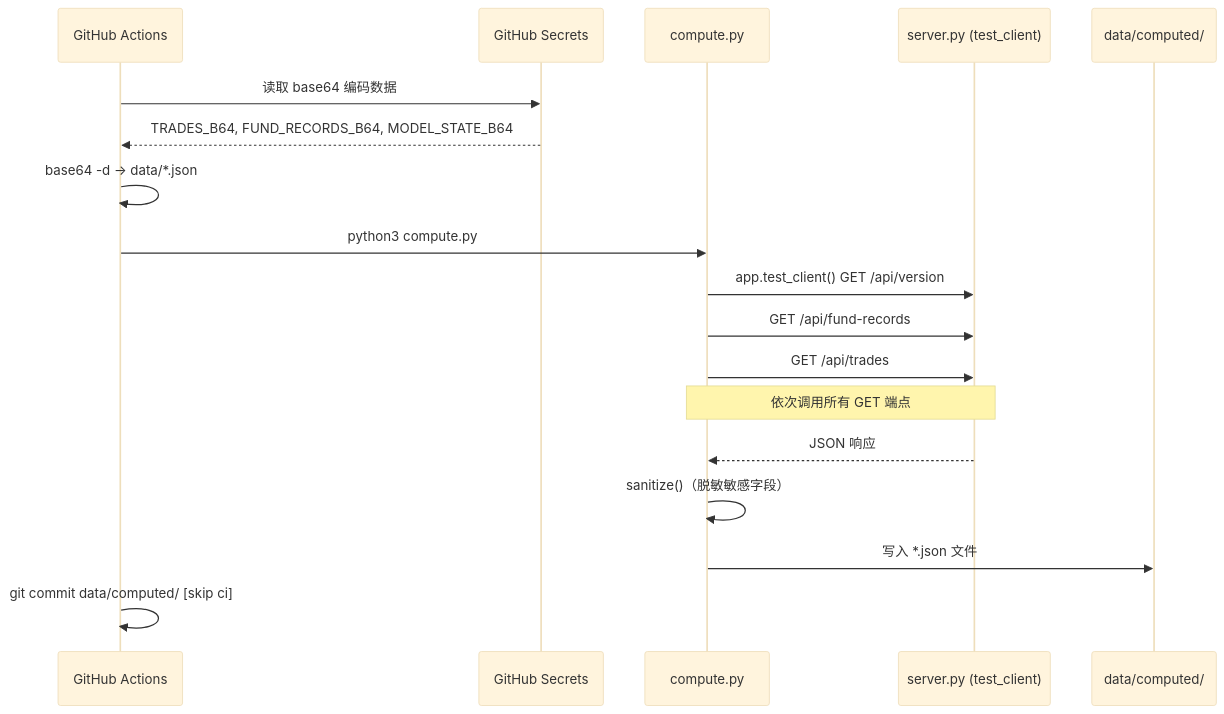
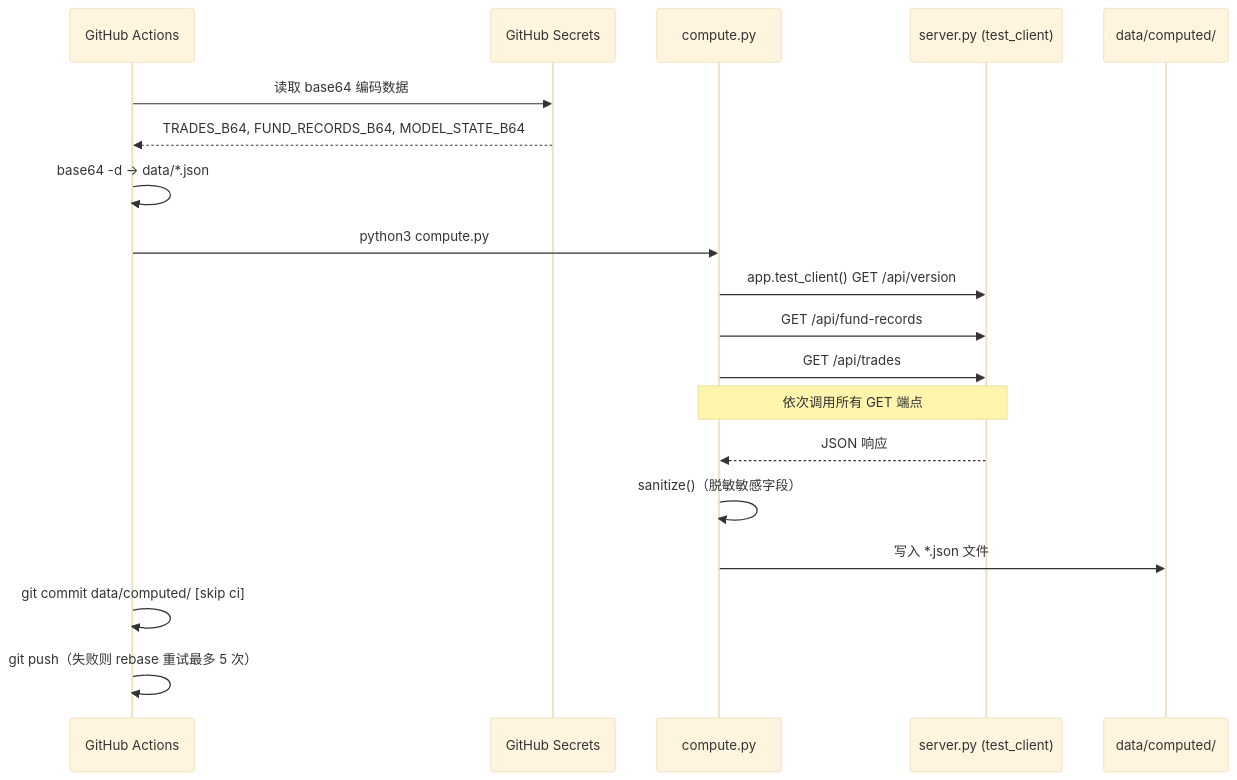
The fourth of 6 diagrams in ARCHITECTURE.md (xiulonnn-crypto/Tianfu_Strategy), drawn with Mermaid (base theme) before and after one commit. The commit also changed other lines of this file and 2 other files, not shown here.

````diff
--- a/ARCHITECTURE.md
+++ b/ARCHITECTURE.md
@@ -170,21 +170,22 @@
 ```mermaid
 sequenceDiagram
     participant GH as GitHub Actions
     participant Secrets as GitHub Secrets
     participant Compute as compute.py
     participant Server as server.py (test_client)
     participant Computed as data/computed/
 
     GH->>Secrets: 读取 base64 编码数据
     Secrets-->>GH: TRADES_B64, FUND_RECORDS_B64, MODEL_STATE_B64
     GH->>GH: base64 -d → data/*.json
     GH->>Compute: python3 compute.py
     Compute->>Server: app.test_client() GET /api/version
     Compute->>Server: GET /api/fund-records
     Compute->>Server: GET /api/trades
     Note over Compute,Server: 依次调用所有 GET 端点
     Server-->>Compute: JSON 响应
     Compute->>Compute: sanitize()（脱敏敏感字段）
     Compute->>Computed: 写入 *.json 文件
     GH->>GH: git commit data/computed/ [skip ci]
+    GH->>GH: git push（失败则 rebase 重试最多 5 次）
 ```
````
